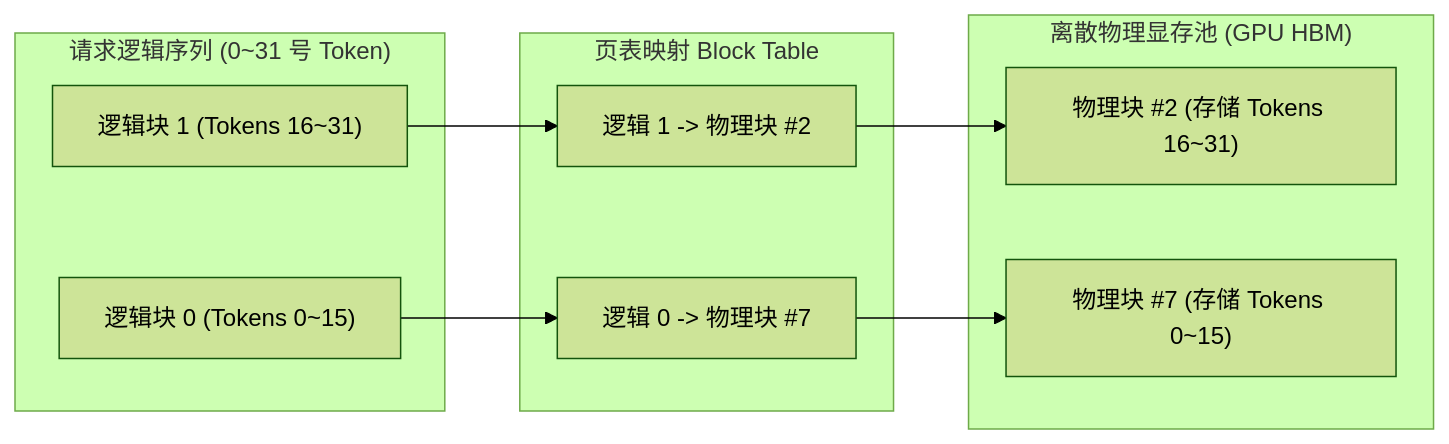
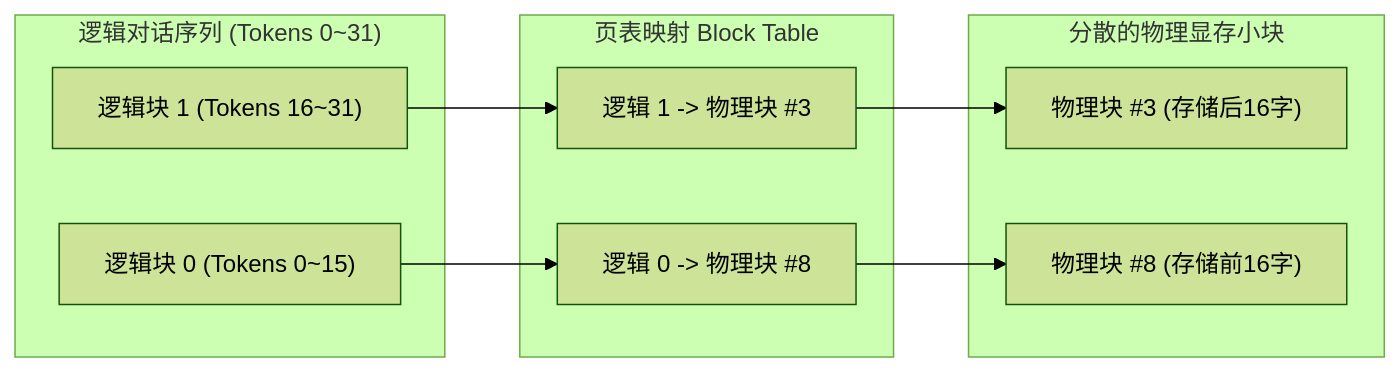
The third of 3 diagrams in src/content/posts/dl-operators-06-attention-mechanisms-flashattention-mla-guide.md (hqu-little-boy/blog), drawn with Mermaid (forest theme) before and after one commit. The commit also changed other lines of this file and 11 other files, not shown here.

````diff
--- a/src/content/posts/dl-operators-06-attention-mechanisms-flashattention-mla-guide.md
+++ b/src/content/posts/dl-operators-06-attention-mechanisms-flashattention-mla-guide.md
@@ -407,17 +226,17 @@
 ```mermaid
 graph LR
-    subgraph Logical["请求逻辑序列 (0~31 号 Token)"]
+    subgraph Logical["逻辑对话序列 (Tokens 0~31)"]
         L0["逻辑块 0 (Tokens 0~15)"]
         L1["逻辑块 1 (Tokens 16~31)"]
     end
-    subgraph PageTable["页表映射 Block Table"]
-        P0["逻辑 0 -> 物理块 #7"]
-        P1["逻辑 1 -> 物理块 #2"]
+    subgraph Table["页表映射 Block Table"]
+        T0["逻辑 0 -> 物理块 #8"]
+        T1["逻辑 1 -> 物理块 #3"]
     end
-    subgraph Physical["离散物理显存池 (GPU HBM)"]
-        B2["物理块 #2 (存储 Tokens 16~31)"]
-        B7["物理块 #7 (存储 Tokens 0~15)"]
+    subgraph Physical["分散的物理显存小块"]
+        P3["物理块 #3 (存储后16字)"]
+        P8["物理块 #8 (存储前16字)"]
     end
-    L0 --> P0 --> B7
-    L1 --> P1 --> B2
+    L0 --> T0 --> P8
+    L1 --> T1 --> P3
 ```
````
